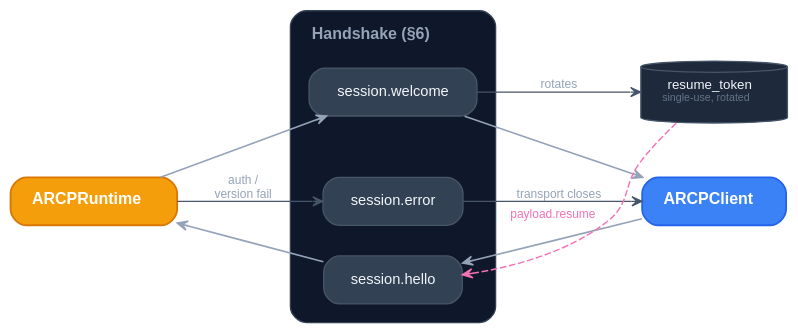
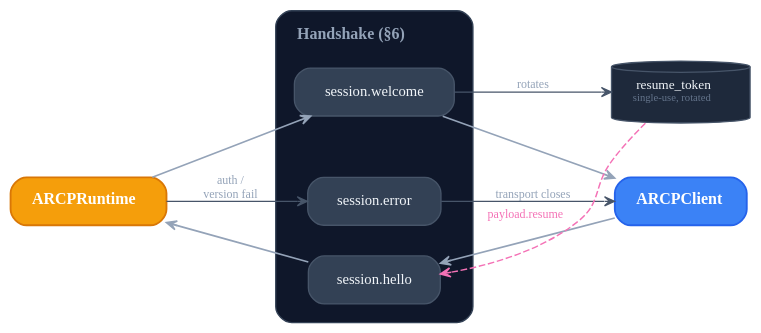
Before and after one commit to agentruntimecontrolprotocol/typescript-sdk: the diagram in diagrams/session-handshake-dark.dot, drawn with Graphviz. The commit also changed 49 other files, not shown here.

First line of the commit message:
Harmonize Graphviz diagrams with the ARCP design system

```diff
--- a/diagrams/session-handshake-dark.dot
+++ b/diagrams/session-handshake-dark.dot
@@ -1,85 +1,85 @@
 digraph ARCPSessionHandshake {
   rankdir=LR;
   bgcolor="transparent";
   compound=true;
-  fontname="Helvetica";
+  fontname="TT Commons Pro Trial";
   splines=spline;
   nodesep=0.32;
   ranksep=0.70;
   pad="0.35,0.25";
 
   node [
     shape=box,
     style="rounded,filled",
     fillcolor="#334155",
     color="#475569",
-    fontname="Helvetica",
+    fontname="TT Commons Pro Trial",
     fontsize=11,
     fontcolor="#F1F5F9",
     margin="0.22,0.11",
     penwidth=1.0
   ];
 
   edge [
-    fontname="Helvetica",
+    fontname="TT Commons Pro Trial",
     fontsize=9,
     fontcolor="#94A3B8",
     color="#64748B",
     penwidth=1.1,
     arrowsize=0.75,
     arrowhead=vee
   ];
 
   Client [
     label=<<FONT POINT-SIZE="12"><B>ARCPClient</B></FONT>>,
     fillcolor="#3B82F6", color="#2563EB",
     fontcolor="white", penwidth=1.4
   ];
 
   Runtime [
     label=<<FONT POINT-SIZE="12"><B>ARCPRuntime</B></FONT>>,
     fillcolor="#F59E0B", color="#D97706",
     fontcolor="white", penwidth=1.4
   ];
 
   subgraph cluster_open {
     label=<<TABLE BORDER="0" CELLBORDER="0" CELLPADDING="0" CELLSPACING="0"><TR><TD COLSPAN="3" HEIGHT="8"></TD></TR><TR><TD WIDTH="8"></TD><TD><FONT POINT-SIZE="12"><B>Handshake (§6)</B></FONT></TD><TD WIDTH="8"></TD></TR></TABLE>>;
     style="rounded,filled";
     fillcolor="#0F172A";
     color="#334155";
-    fontname="Helvetica";
+    fontname="TT Commons Pro Trial";
     fontcolor="#94A3B8";
     margin=14;
     labeljust=l;
     penwidth=1.0;
 
     Hello   [label="session.hello"];
     Welcome [label="session.welcome"];
     SessErr [label="session.error"];
 
     Hello -> Welcome -> SessErr [style=invis];
     { rank=same; Hello; Welcome; SessErr; }
   }
 
   Token [
     label=<<FONT POINT-SIZE="10">resume_token</FONT><BR/><FONT POINT-SIZE="8" COLOR="#64748B">single-use, rotated</FONT>>,
     shape=cylinder, fillcolor="#1E293B"
   ];
 
   edge [color="#94A3B8", penwidth=1.2];
   Client  -> Hello;
   Hello   -> Runtime;
   Runtime -> Welcome;
   Welcome -> Client;
 
   edge [color="#475569", penwidth=1.0];
   Runtime -> SessErr [label="auth /\nversion fail"];
   SessErr -> Client  [label="transport closes"];
   Welcome -> Token   [label="rotates"];
 
   Token -> Hello [
     style=dashed, color="#F472B6", penwidth=1.1,
     constraint=false,
     label=<<FONT COLOR="#F472B6">payload.resume</FONT>>, fontsize=9
   ];
 }
```
